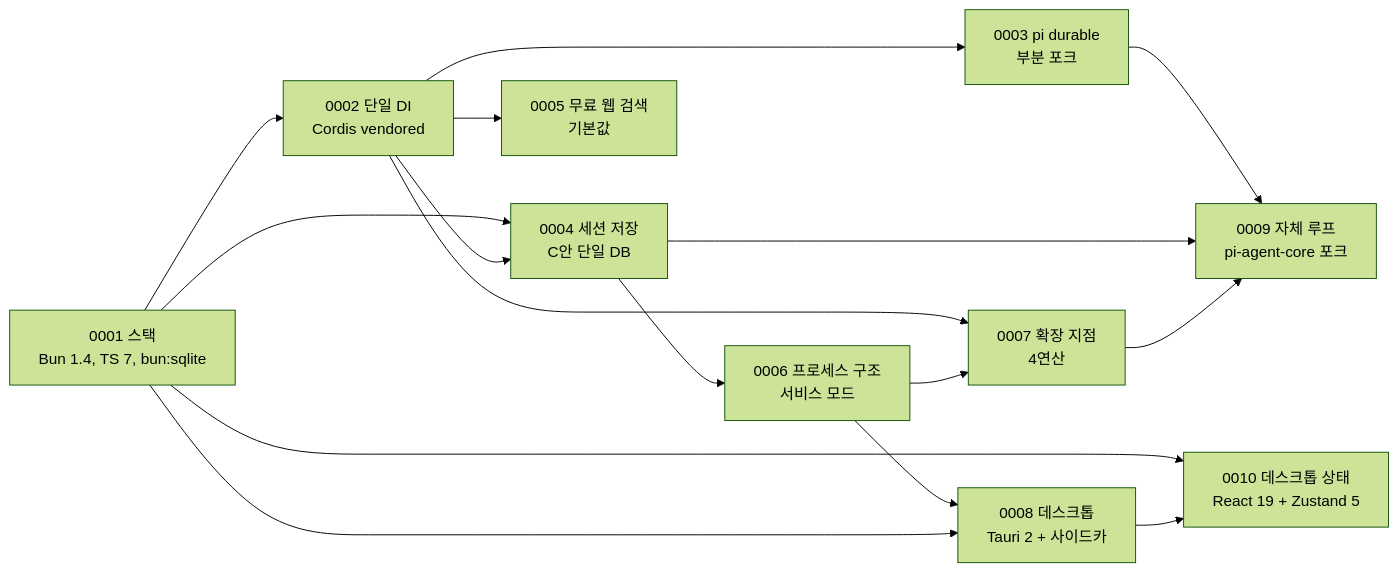
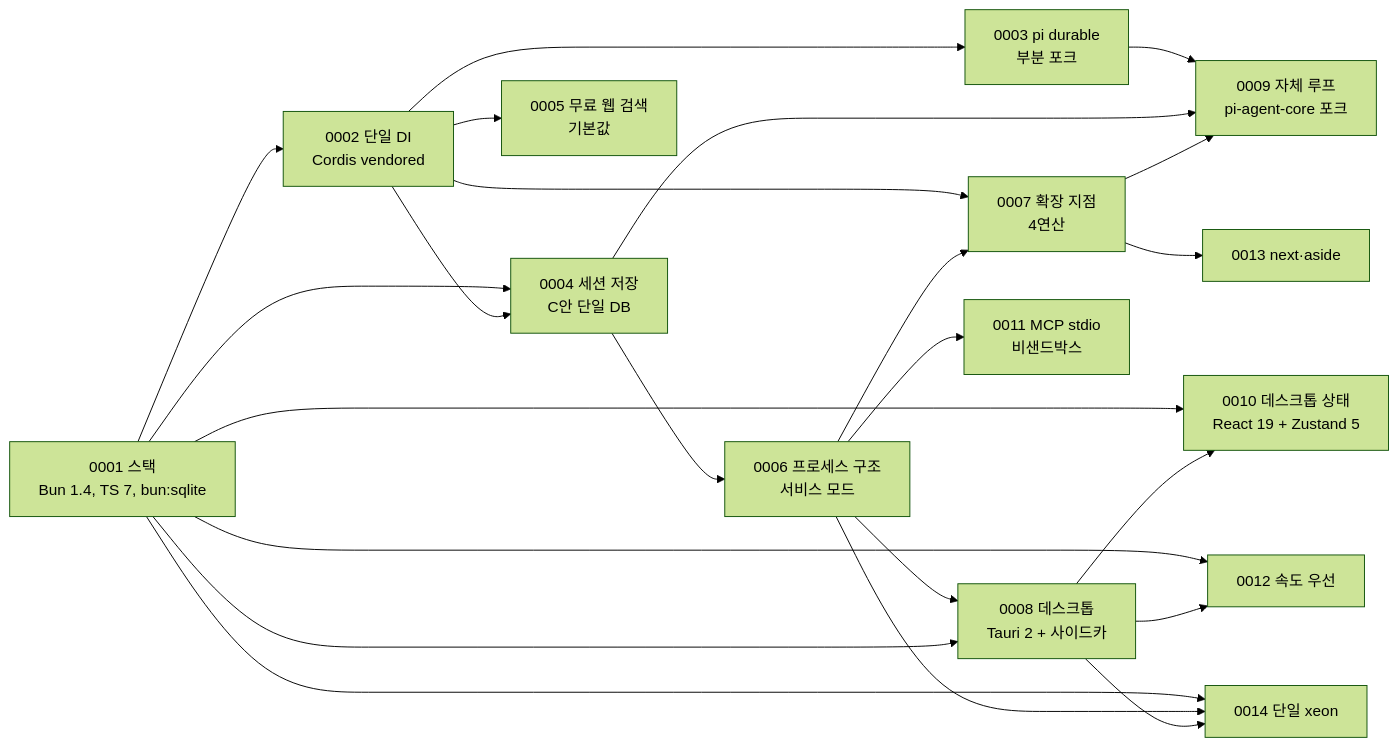
Before and after one commit to Rengod95/Helm-Agent_Docs_OS: the diagram in docs/xeon/decisions/README.md, drawn with Mermaid (forest theme). The commit also changed other lines of this file and 8 other files, not shown here.

````diff
--- a/docs/xeon/decisions/README.md
+++ b/docs/xeon/decisions/README.md
@@ -94,29 +98,40 @@
 ```mermaid
 flowchart LR
   A1["0001 스택<br/>Bun 1.4, TS 7, bun:sqlite"]
   A2["0002 단일 DI<br/>Cordis vendored"]
   A3["0003 pi durable<br/>부분 포크"]
   A4["0004 세션 저장<br/>C안 단일 DB"]
   A5["0005 무료 웹 검색<br/>기본값"]
   A6["0006 프로세스 구조<br/>서비스 모드"]
   A7["0007 확장 지점<br/>4연산"]
   A8["0008 데스크톱<br/>Tauri 2 + 사이드카"]
   A9["0009 자체 루프<br/>pi-agent-core 포크"]
   A10["0010 데스크톱 상태<br/>React 19 + Zustand 5"]
+  A11["0011 MCP stdio<br/>비샌드박스"]
+  A12["0012 속도 우선"]
+  A13["0013 next·aside"]
+  A14["0014 단일 xeon"]
 
   A1 --> A2
   A2 --> A7
   A2 --> A3
   A1 --> A4
   A2 --> A4
   A2 --> A5
   A4 --> A6
   A6 --> A7
   A6 --> A8
   A1 --> A8
   A3 --> A9
   A4 --> A9
   A7 --> A9
   A1 --> A10
   A8 --> A10
+  A6 --> A11
+  A1 --> A12
+  A8 --> A12
+  A7 --> A13
+  A1 --> A14
+  A6 --> A14
+  A8 --> A14
 ```
````
